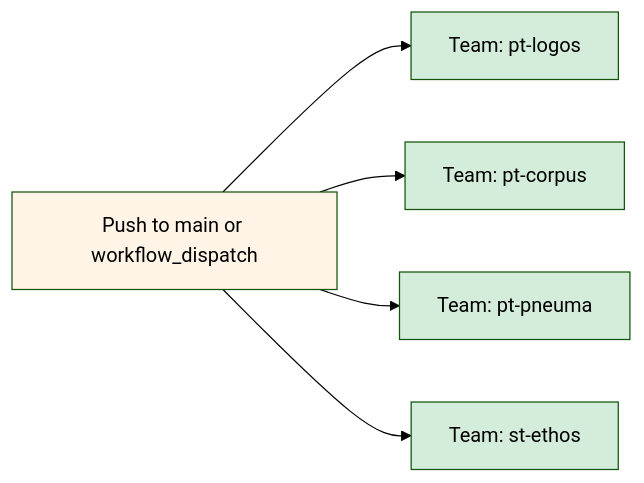
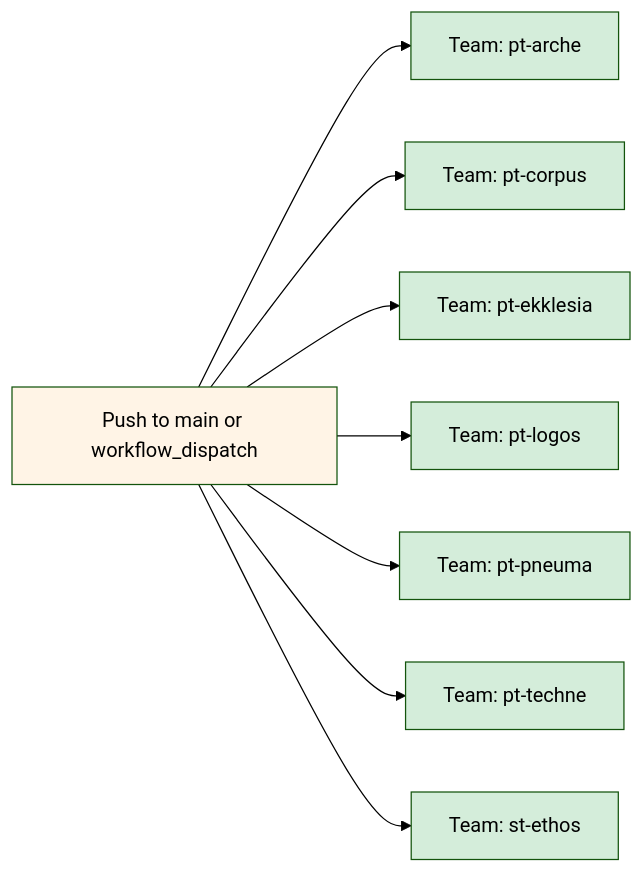
Before and after one commit to osinfra-io/pt-logos: the diagram in README.md, drawn with Mermaid (forest theme). The commit also changed other lines of this file and 4 other files, not shown here.

Commit message:
Add pt-arche, pt-ekklesia, pt-techne platform teams (#27)

````diff
--- a/README.md
+++ b/README.md
@@ -90,15 +102,21 @@
 ```mermaid
 graph LR
     T[Push to main or workflow_dispatch]
 
-    T --> C1[Team: pt-logos]
+    T --> C1[Team: pt-arche]
     T --> C2[Team: pt-corpus]
-    T --> C3[Team: pt-pneuma]
-    T --> C4[Team: st-ethos]
+    T --> C3[Team: pt-ekklesia]
+    T --> C4[Team: pt-logos]
+    T --> C5[Team: pt-pneuma]
+    T --> C6[Team: pt-techne]
+    T --> C7[Team: st-ethos]
 
     style T fill:#fff4e6,color:#000
     style C1 fill:#d4edda,color:#000
     style C2 fill:#d4edda,color:#000
     style C3 fill:#d4edda,color:#000
     style C4 fill:#d4edda,color:#000
+    style C5 fill:#d4edda,color:#000
+    style C6 fill:#d4edda,color:#000
+    style C7 fill:#d4edda,color:#000
 ```
````
